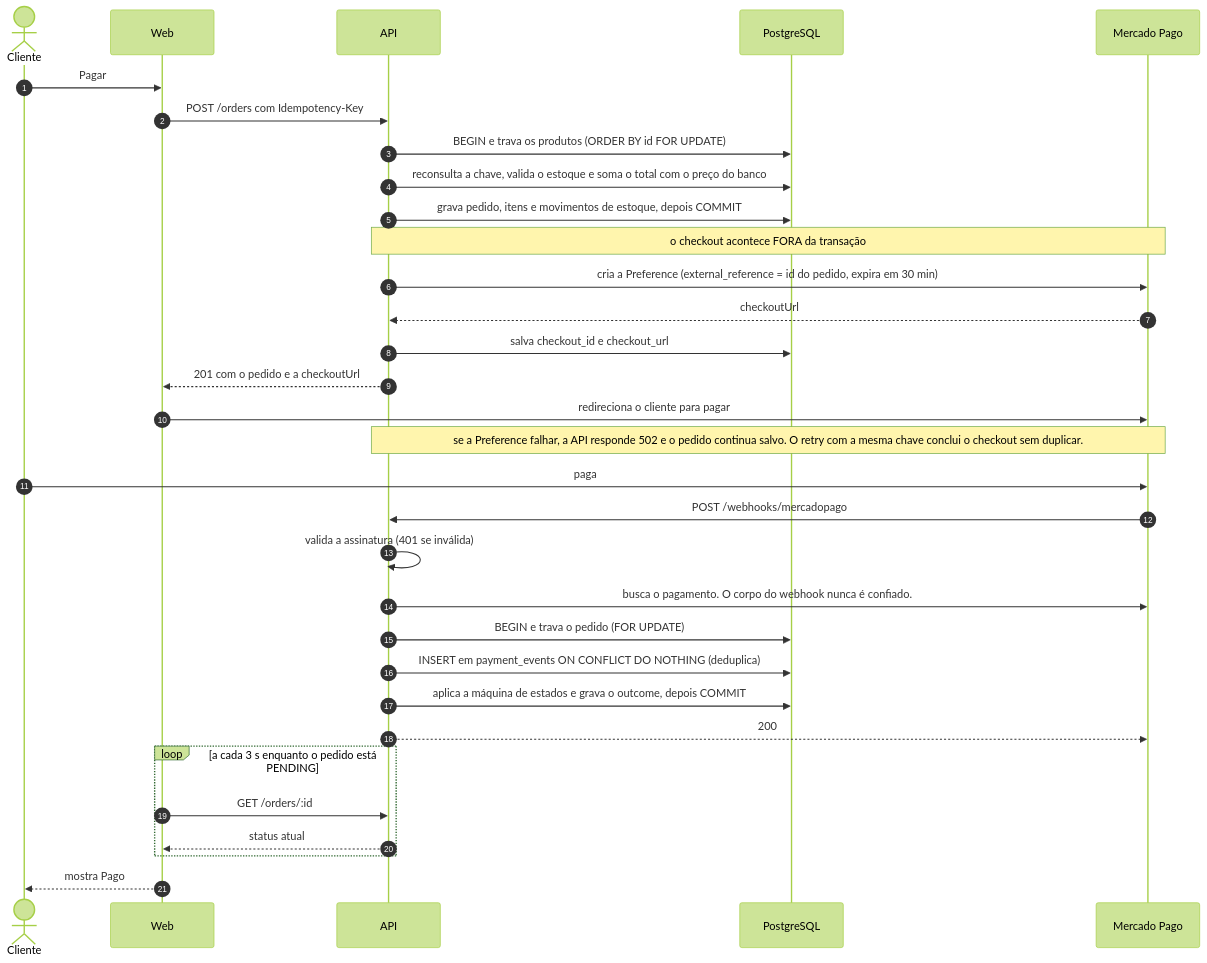
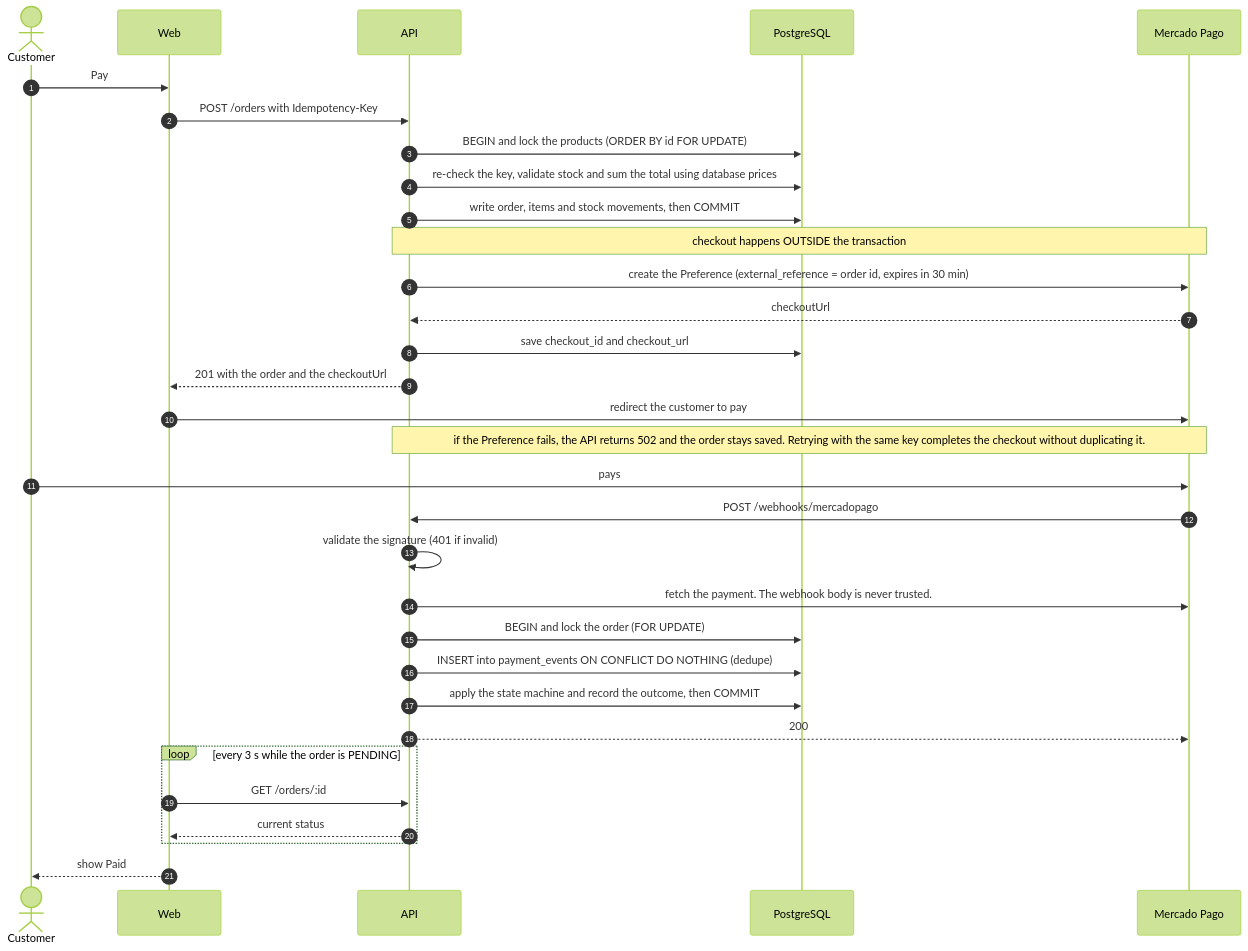
Before and after one commit to hiagoka/bancada: the first of 3 diagrams in README.md, drawn with Mermaid (forest theme). The commit also changed other lines of this file, not shown here.

````diff
--- a/README.md
+++ b/README.md
@@ -61,36 +63,36 @@
 ```mermaid
 sequenceDiagram
     autonumber
-    actor C as Cliente
+    actor C as Customer
     participant W as Web
     participant A as API
     participant D as PostgreSQL
     participant M as Mercado Pago
 
-    C->>W: Pagar
-    W->>A: POST /orders com Idempotency-Key
-    A->>D: BEGIN e trava os produtos (ORDER BY id FOR UPDATE)
-    A->>D: reconsulta a chave, valida o estoque e soma o total com o preço do banco
-    A->>D: grava pedido, itens e movimentos de estoque, depois COMMIT
-    Note over A,M: o checkout acontece FORA da transação
-    A->>M: cria a Preference (external_reference = id do pedido, expira em 30 min)
+    C->>W: Pay
+    W->>A: POST /orders with Idempotency-Key
+    A->>D: BEGIN and lock the products (ORDER BY id FOR UPDATE)
+    A->>D: re-check the key, validate stock and sum the total using database prices
+    A->>D: write order, items and stock movements, then COMMIT
+    Note over A,M: checkout happens OUTSIDE the transaction
+    A->>M: create the Preference (external_reference = order id, expires in 30 min)
     M-->>A: checkoutUrl
-    A->>D: salva checkout_id e checkout_url
-    A-->>W: 201 com o pedido e a checkoutUrl
-    W->>M: redireciona o cliente para pagar
-    Note over A,M: se a Preference falhar, a API responde 502 e o pedido continua salvo. O retry com a mesma chave conclui o checkout sem duplicar.
+    A->>D: save checkout_id and checkout_url
+    A-->>W: 201 with the order and the checkoutUrl
+    W->>M: redirect the customer to pay
+    Note over A,M: if the Preference fails, the API returns 502 and the order stays saved. Retrying with the same key completes the checkout without duplicating it.
 
-    C->>M: paga
+    C->>M: pays
     M->>A: POST /webhooks/mercadopago
-    A->>A: valida a assinatura (401 se inválida)
-    A->>M: busca o pagamento. O corpo do webhook nunca é confiado.
-    A->>D: BEGIN e trava o pedido (FOR UPDATE)
-    A->>D: INSERT em payment_events ON CONFLICT DO NOTHING (deduplica)
-    A->>D: aplica a máquina de estados e grava o outcome, depois COMMIT
+    A->>A: validate the signature (401 if invalid)
+    A->>M: fetch the payment. The webhook body is never trusted.
+    A->>D: BEGIN and lock the order (FOR UPDATE)
+    A->>D: INSERT into payment_events ON CONFLICT DO NOTHING (dedupe)
+    A->>D: apply the state machine and record the outcome, then COMMIT
     A-->>M: 200
-    loop a cada 3 s enquanto o pedido está PENDING
+    loop every 3 s while the order is PENDING
         W->>A: GET /orders/:id
-        A-->>W: status atual
+        A-->>W: current status
     end
-    W-->>C: mostra Pago
+    W-->>C: show Paid
 ```
````
